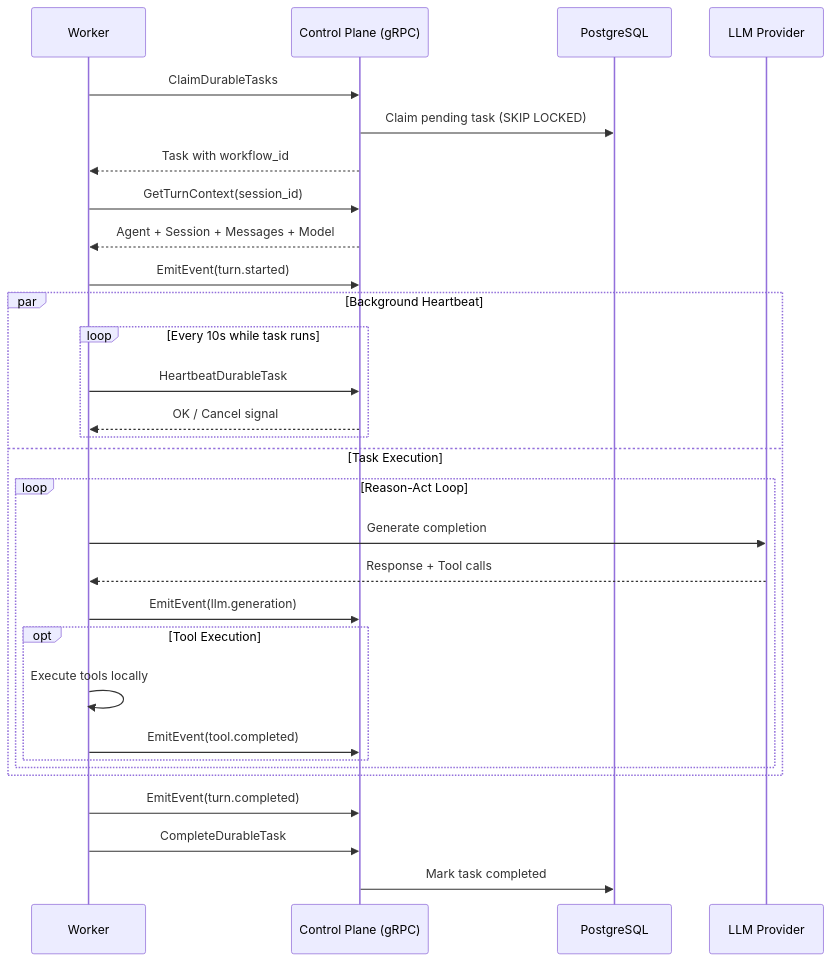
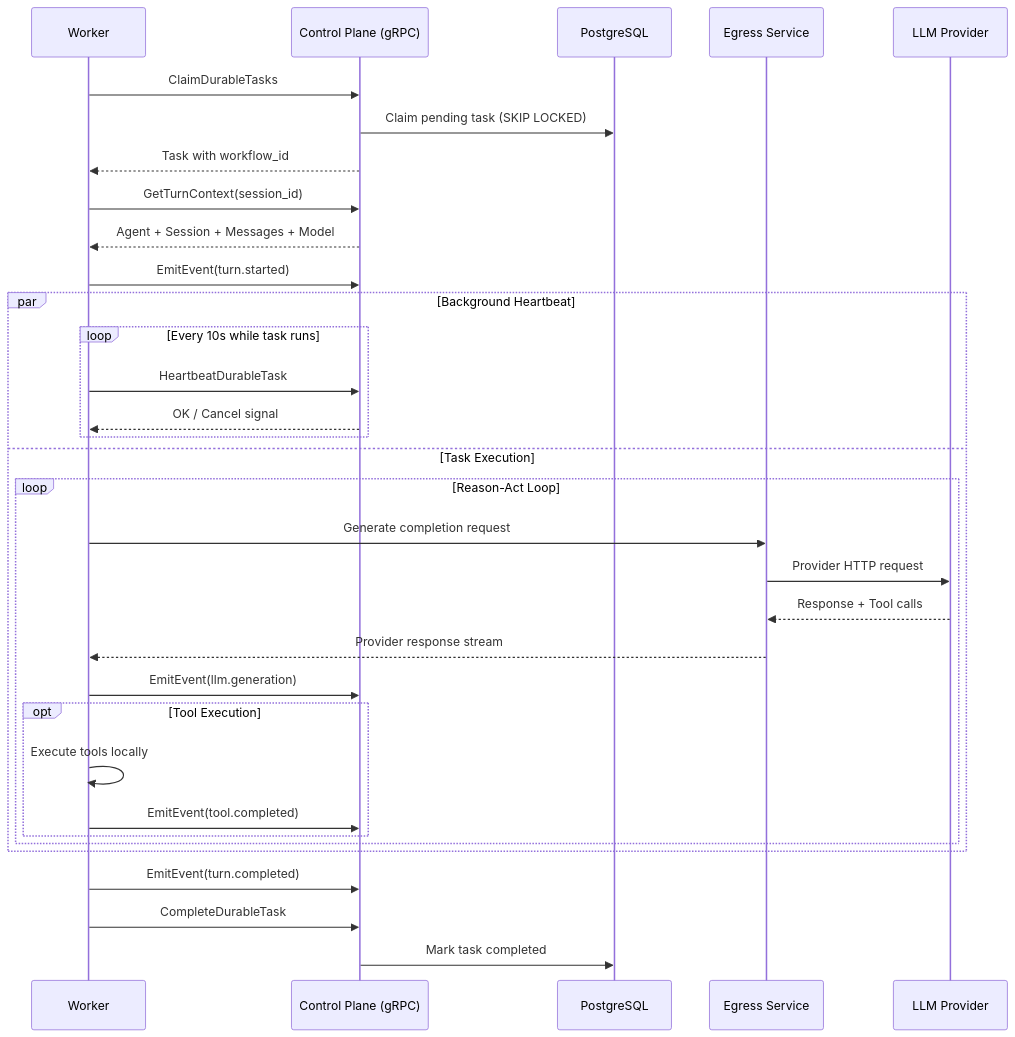
Before and after one commit to everruns/everruns: the third of 3 diagrams in specs/architecture.md, drawn with Mermaid. The commit also changed other lines of this file and 23 other files, not shown here.

Commit message:
feat(core): add outbound egress service

````diff
--- a/specs/architecture.md
+++ b/specs/architecture.md
@@ -296,36 +299,39 @@
 ```mermaid
 sequenceDiagram
     participant W as Worker
     participant CP as Control Plane (gRPC)
     participant DB as PostgreSQL
+    participant EG as Egress Service
     participant LLM as LLM Provider
 
     W->>CP: ClaimDurableTasks
     CP->>DB: Claim pending task (SKIP LOCKED)
     CP-->>W: Task with workflow_id
     W->>CP: GetTurnContext(session_id)
     CP-->>W: Agent + Session + Messages + Model
     W->>CP: EmitEvent(turn.started)
 
     par Background Heartbeat
         loop Every 10s while task runs
             W->>CP: HeartbeatDurableTask
             CP-->>W: OK / Cancel signal
         end
     and Task Execution
         loop Reason-Act Loop
-            W->>LLM: Generate completion
-            LLM-->>W: Response + Tool calls
+            W->>EG: Generate completion request
+            EG->>LLM: Provider HTTP request
+            LLM-->>EG: Response + Tool calls
+            EG-->>W: Provider response stream
             W->>CP: EmitEvent(llm.generation)
 
             opt Tool Execution
                 W->>W: Execute tools locally
                 W->>CP: EmitEvent(tool.completed)
             end
         end
     end
 
     W->>CP: EmitEvent(turn.completed)
     W->>CP: CompleteDurableTask
     CP->>DB: Mark task completed
 ```
````
